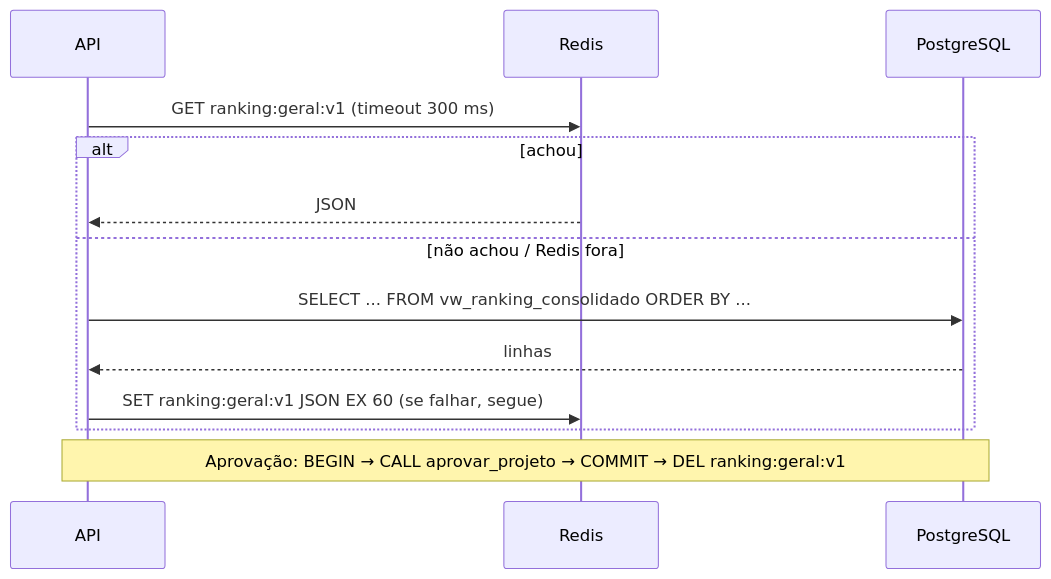
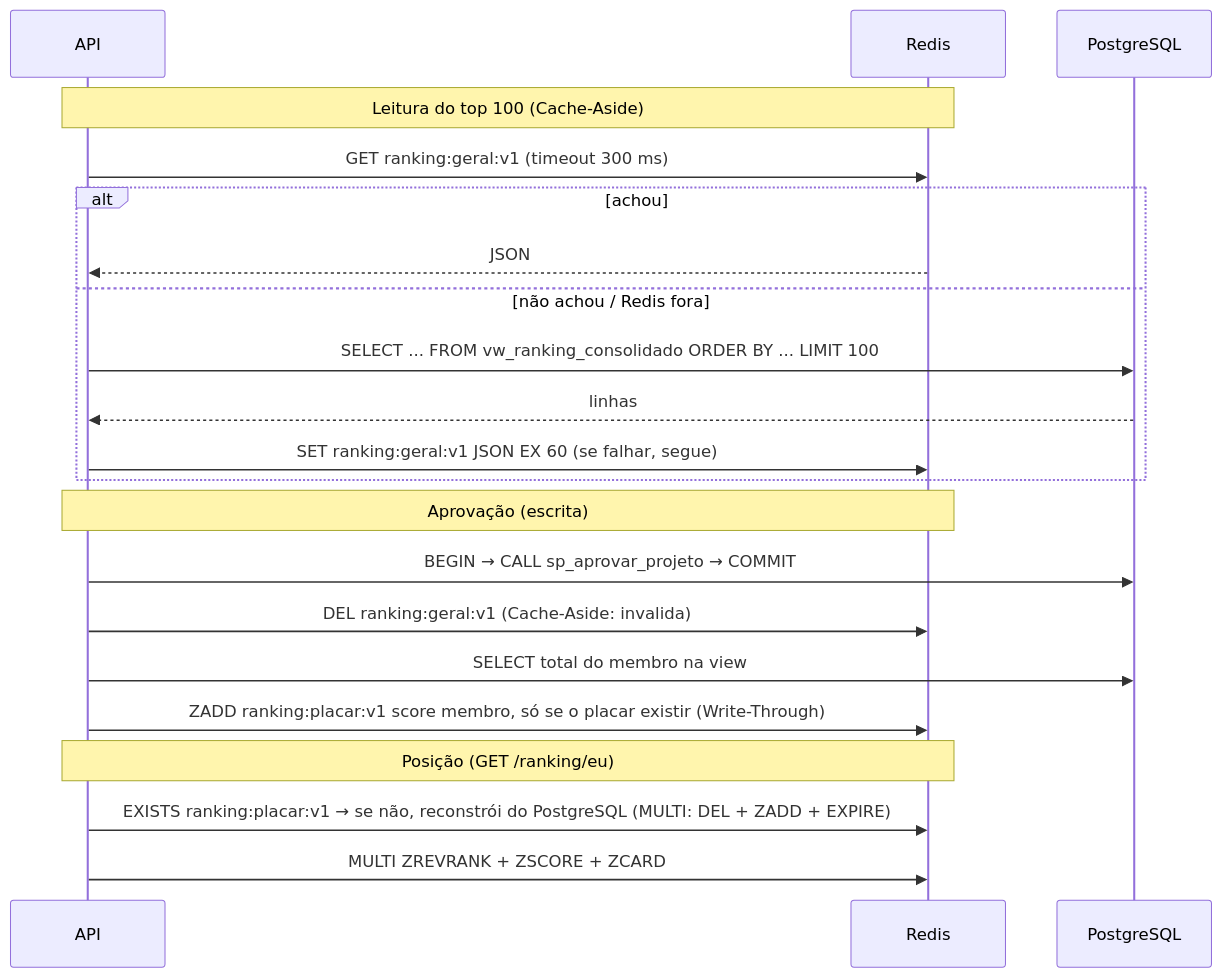
The second of 2 diagrams in docs/spec/03-arquitetura.md (josefideles/ej-quest), drawn with Mermaid before and after one commit. The commit also changed other lines of this file and 10 other files, not shown here.

````diff
--- a/docs/spec/03-arquitetura.md
+++ b/docs/spec/03-arquitetura.md
@@ -76,15 +98,23 @@
 ```mermaid
 sequenceDiagram
     participant A as API
     participant R as Redis
     participant P as PostgreSQL
+    Note over A,R: Leitura do top 100 (Cache-Aside)
     A->>R: GET ranking:geral:v1 (timeout 300 ms)
     alt achou
         R-->>A: JSON
     else não achou / Redis fora
-        A->>P: SELECT ... FROM vw_ranking_consolidado ORDER BY ...
+        A->>P: SELECT ... FROM vw_ranking_consolidado ORDER BY ... LIMIT 100
         P-->>A: linhas
         A->>R: SET ranking:geral:v1 JSON EX 60 (se falhar, segue)
     end
-    Note over A,P: Aprovação: BEGIN → CALL aprovar_projeto → COMMIT → DEL ranking:geral:v1
+    Note over A,R: Aprovação (escrita)
+    A->>P: BEGIN → CALL sp_aprovar_projeto → COMMIT
+    A->>R: DEL ranking:geral:v1 (Cache-Aside: invalida)
+    A->>P: SELECT total do membro na view
+    A->>R: ZADD ranking:placar:v1 score membro, só se o placar existir (Write-Through)
+    Note over A,R: Posição (GET /ranking/eu)
+    A->>R: EXISTS ranking:placar:v1 → se não, reconstrói do PostgreSQL (MULTI: DEL + ZADD + EXPIRE)
+    A->>R: MULTI ZREVRANK + ZSCORE + ZCARD
 ```
````
